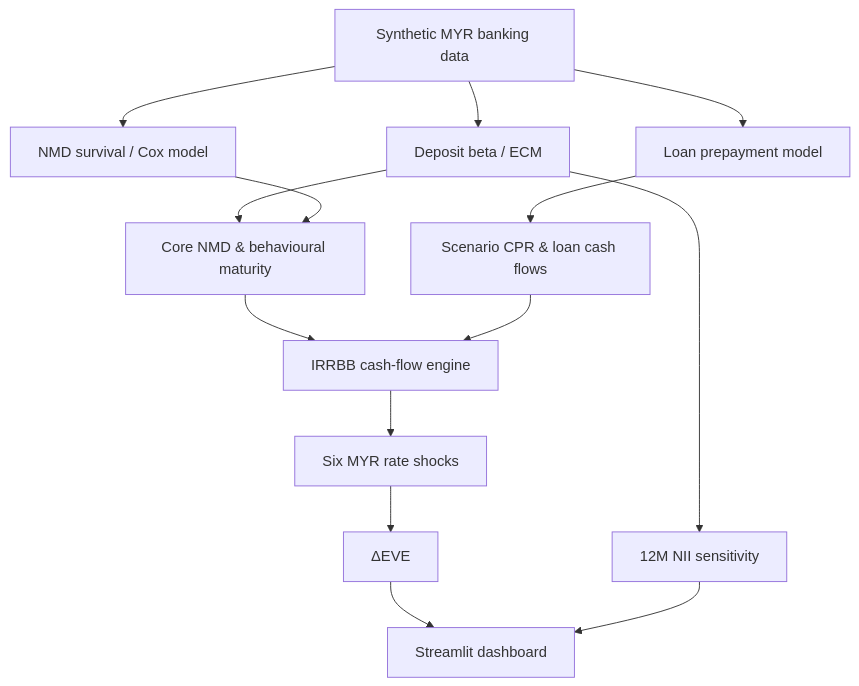
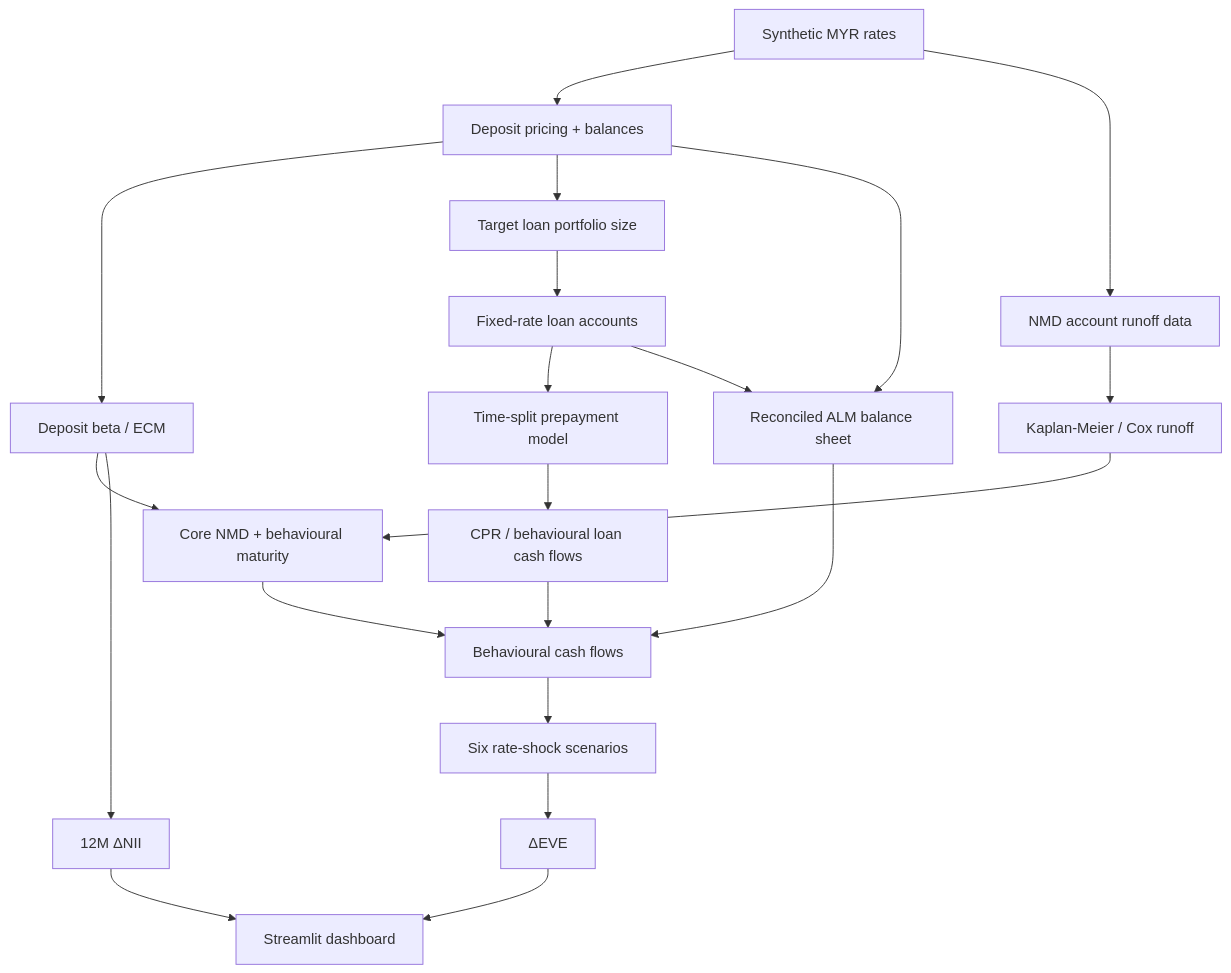
The diagram in README.md (adhasins69/alm-behavioural-risk-engine), drawn with Mermaid before and after one commit. The commit also changed other lines of this file and 14 other files, not shown here.

First line of the commit message:
Reconcile portfolio and harden ALM model validation

````diff
--- a/README.md
+++ b/README.md
@@ -13,16 +28,23 @@
 ```mermaid
 flowchart TD
-A[Synthetic MYR banking data] --> B[Deposit beta / ECM]
-A --> C[NMD survival / Cox model]
-A --> D[Loan prepayment model]
-B --> E[Core NMD & behavioural maturity]
-C --> E
-D --> F[Scenario CPR & loan cash flows]
-E --> G[IRRBB cash-flow engine]
-F --> G
-G --> H[Six MYR rate shocks]
-H --> I[ΔEVE]
-B --> J[12M NII sensitivity]
-I --> K[Streamlit dashboard]
-J --> K
+A[Synthetic MYR rates] --> B[Deposit pricing + balances]
+A --> C[NMD account runoff data]
+B --> D[Deposit beta / ECM]
+C --> E[Kaplan-Meier / Cox runoff]
+D --> F[Core NMD + behavioural maturity]
+E --> F
+B --> G[Target loan portfolio size]
+G --> H[Fixed-rate loan accounts]
+H --> I[Time-split prepayment model]
+I --> J[CPR / behavioural loan cash flows]
+B --> K[Reconciled ALM balance sheet]
+H --> K
+F --> L[Behavioural cash flows]
+J --> L
+K --> L
+L --> M[Six rate-shock scenarios]
+M --> N[ΔEVE]
+D --> O[12M ΔNII]
+N --> P[Streamlit dashboard]
+O --> P
 ```
````
